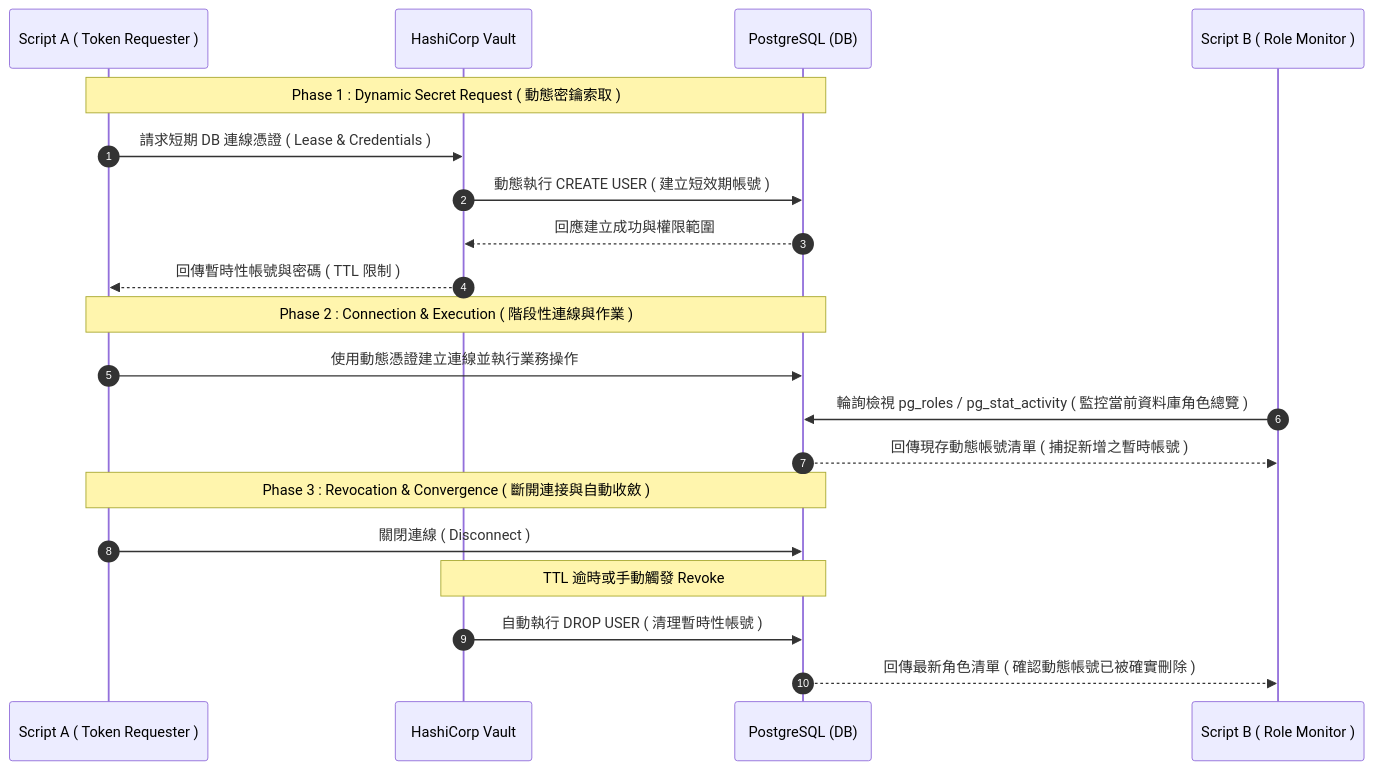
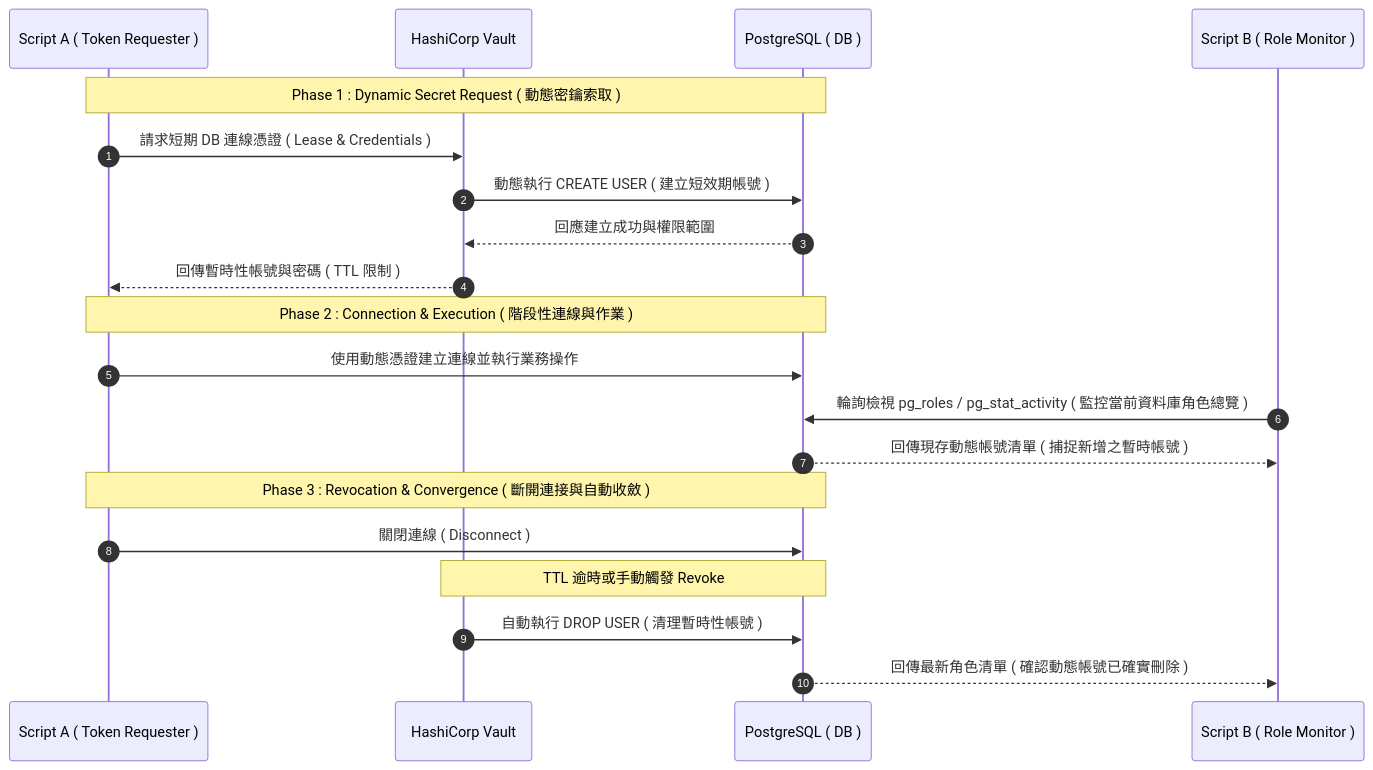
The diagram in docs/Vault.md (Junwu0615/Platform-Genesis), drawn with Mermaid before and after one commit. The commit also changed other lines of this file, not shown here.

````diff
--- a/docs/Vault.md
+++ b/docs/Vault.md
@@ -32,25 +32,25 @@
 ```mermaid
 sequenceDiagram
     autonumber
     participant S1 as Script A ( Token Requester )
     participant V as HashiCorp Vault
-    participant DB as PostgreSQL (DB)
+    participant DB as PostgreSQL ( DB )
     participant S2 as Script B ( Role Monitor )
 
     Note over S1, DB: Phase 1 : Dynamic Secret Request ( 動態密鑰索取 )
     S1->>V: 請求短期 DB 連線憑證 ( Lease & Credentials )
     V->>DB: 動態執行 CREATE USER ( 建立短效期帳號 )
     DB-->>V: 回應建立成功與權限範圍
     V-->>S1: 回傳暫時性帳號與密碼 ( TTL 限制 )
 
     Note over S1, DB: Phase 2 : Connection & Execution ( 階段性連線與作業 )
     S1->>DB: 使用動態憑證建立連線並執行業務操作
     S2->>DB: 輪詢檢視 pg_roles / pg_stat_activity ( 監控當前資料庫角色總覽 )
     DB-->>S2: 回傳現存動態帳號清單 ( 捕捉新增之暫時帳號 )
 
     Note over S1, DB: Phase 3 : Revocation & Convergence ( 斷開連接與自動收斂 )
     S1->>DB: 關閉連線 ( Disconnect )
     Note over V, DB: TTL 逾時或手動觸發 Revoke
     V->>DB: 自動執行 DROP USER ( 清理暫時性帳號 )
-    DB-->>S2: 回傳最新角色清單 ( 確認動態帳號已被確實刪除 )
+    DB-->>S2: 回傳最新角色清單 ( 確認動態帳號已確實刪除 )
 ```
````
